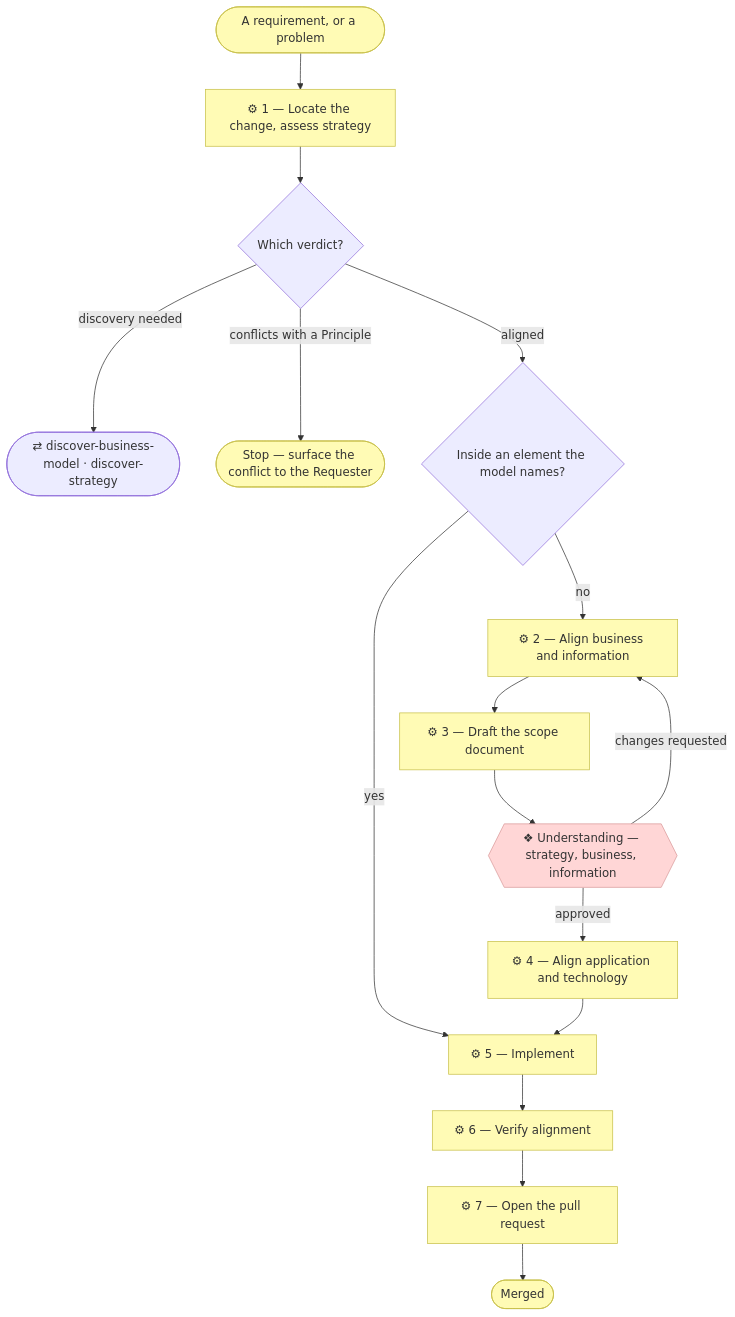
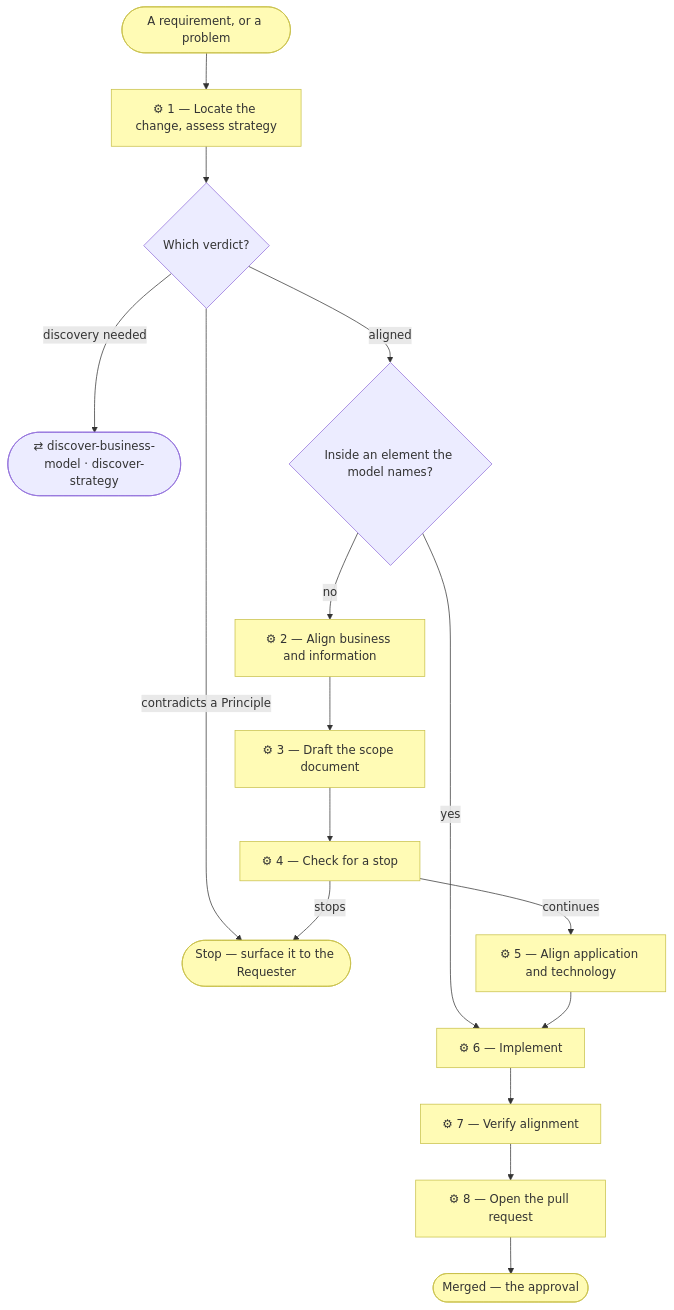
Before and after one commit to roanboc/archreator: the diagram in plugins/archreator/skills/align-change-through-layers/SKILL.md, drawn with Mermaid. The commit also changed other lines of this file and 49 other files, not shown here.

````diff
--- a/plugins/archreator/skills/align-change-through-layers/SKILL.md
+++ b/plugins/archreator/skills/align-change-through-layers/SKILL.md
@@ -57,32 +56,30 @@
 ```mermaid
 flowchart TD
   req(["A requirement, or a problem"])
   s1["⚙ 1 — Locate the change, assess strategy"]
   v{"Which verdict?"}
   disc(["⇄ discover-business-model · discover-strategy"])
-  stop(["Stop — surface the conflict to the Requester"])
+  stop(["Stop — surface it to the Requester"])
   bug{"Inside an element the model names?"}
   s2["⚙ 2 — Align business and information"]
   s3["⚙ 3 — Draft the scope document"]
-  g2{{"❖ Understanding — strategy, business, information"}}
-  s4["⚙ 4 — Align application and technology"]
-  s5["⚙ 5 — Implement"]
-  s6["⚙ 6 — Verify alignment"]
-  s7["⚙ 7 — Open the pull request"]
-  merged(["Merged"])
+  s4["⚙ 4 — Check for a stop"]
+  s5["⚙ 5 — Align application and technology"]
+  s6["⚙ 6 — Implement"]
+  s7["⚙ 7 — Verify alignment"]
+  s8["⚙ 8 — Open the pull request"]
+  merged(["Merged — the approval"])
 
   req --> s1 --> v
   v -->|discovery needed| disc
-  v -->|conflicts with a Principle| stop
+  v -->|contradicts a Principle| stop
   v -->|aligned| bug
-  bug -->|yes| s5
-  bug -->|no| s2 --> s3 --> g2
-  g2 -->|changes requested| s2
-  g2 -->|approved| s4 --> s5
-  s5 --> s6 --> s7 --> merged
+  bug -->|yes| s6
+  bug -->|no| s2 --> s3 --> s4
+  s4 -->|stops| stop
+  s4 -->|continues| s5 --> s6
+  s6 --> s7 --> s8 --> merged
 
   classDef business fill:#fffbb5,stroke:#c8c04a,color:#333
-  classDef implementation fill:#ffd6d6,stroke:#d99b9b,color:#333
-  class s1,s2,s3,s4,s5,s6,s7,req,merged,stop business
-  class g2 implementation
+  class s1,s2,s3,s4,s5,s6,s7,s8,req,merged,stop business
 ```
````
